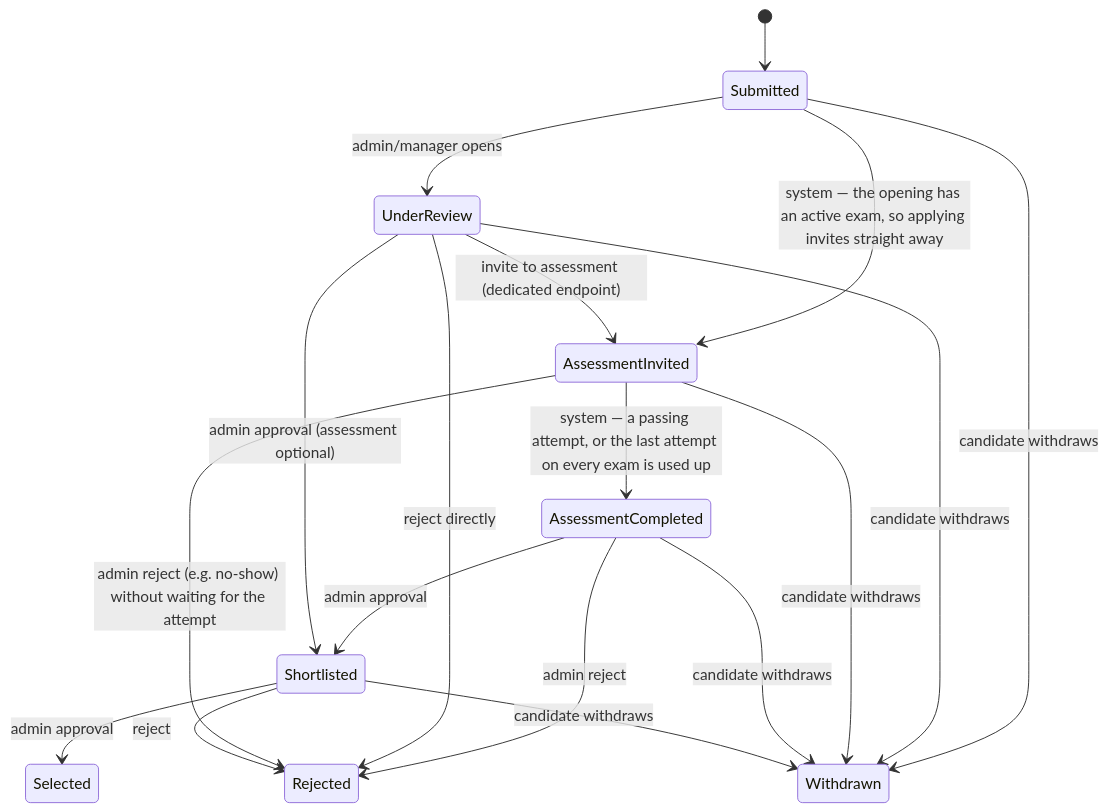
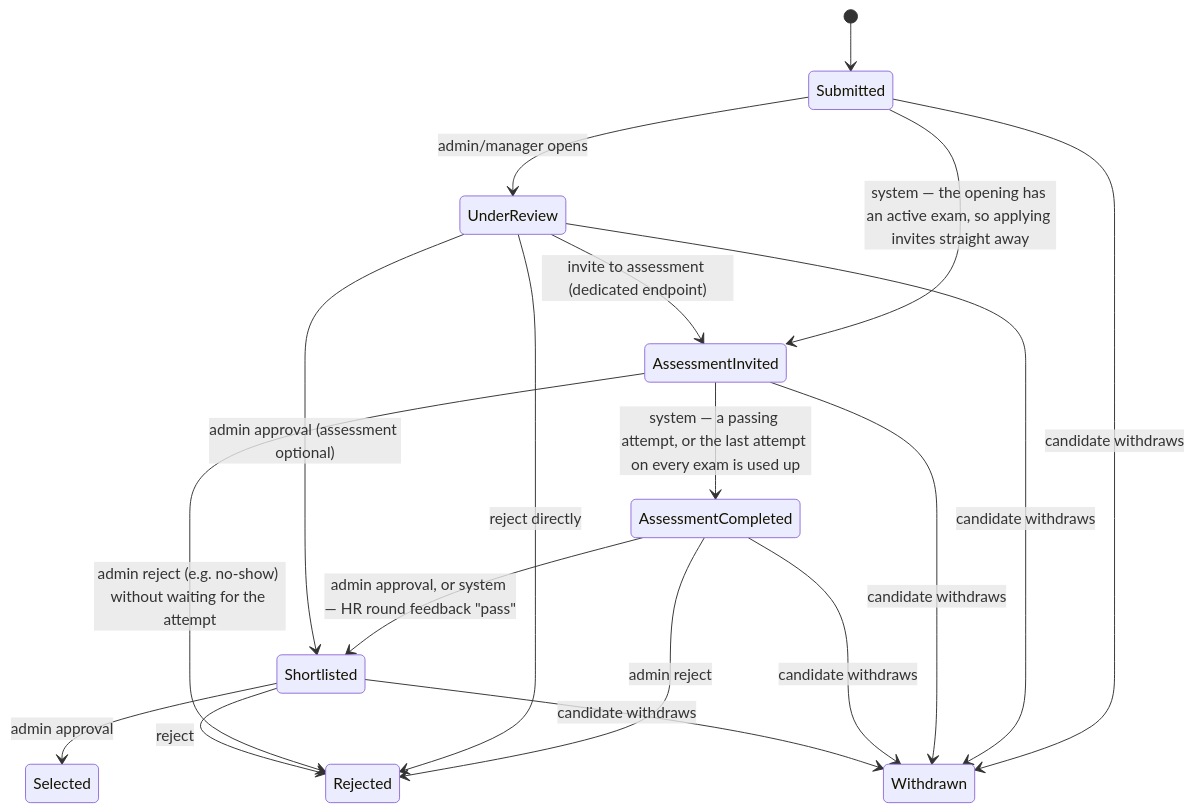
The second of 4 diagrams in docs/state-machines.md (vaibhavpetkar/inveontechnologies-website), drawn with Mermaid before and after one commit. The commit also changed other lines of this file and 27 other files, not shown here.

````diff
--- a/docs/state-machines.md
+++ b/docs/state-machines.md
@@ -18,20 +18,20 @@
 ```mermaid
 stateDiagram-v2
     [*] --> Submitted
     Submitted --> UnderReview: admin/manager opens
     Submitted --> AssessmentInvited: system — the opening has an active exam, so applying invites straight away
     UnderReview --> AssessmentInvited: invite to assessment (dedicated endpoint)
     AssessmentInvited --> AssessmentCompleted: system — a passing attempt, or the last attempt on every exam is used up
-    AssessmentCompleted --> Shortlisted: admin approval
+    AssessmentCompleted --> Shortlisted: admin approval, or system — HR round feedback "pass"
     AssessmentCompleted --> Rejected: admin reject
     UnderReview --> Shortlisted: admin approval (assessment optional)
     UnderReview --> Rejected: reject directly
     AssessmentInvited --> Rejected: admin reject (e.g. no-show) without waiting for the attempt
     Shortlisted --> Selected: admin approval
     Shortlisted --> Rejected: reject
     Submitted --> Withdrawn: candidate withdraws
     UnderReview --> Withdrawn: candidate withdraws
     AssessmentInvited --> Withdrawn: candidate withdraws
     AssessmentCompleted --> Withdrawn: candidate withdraws
     Shortlisted --> Withdrawn: candidate withdraws
 ```
````
